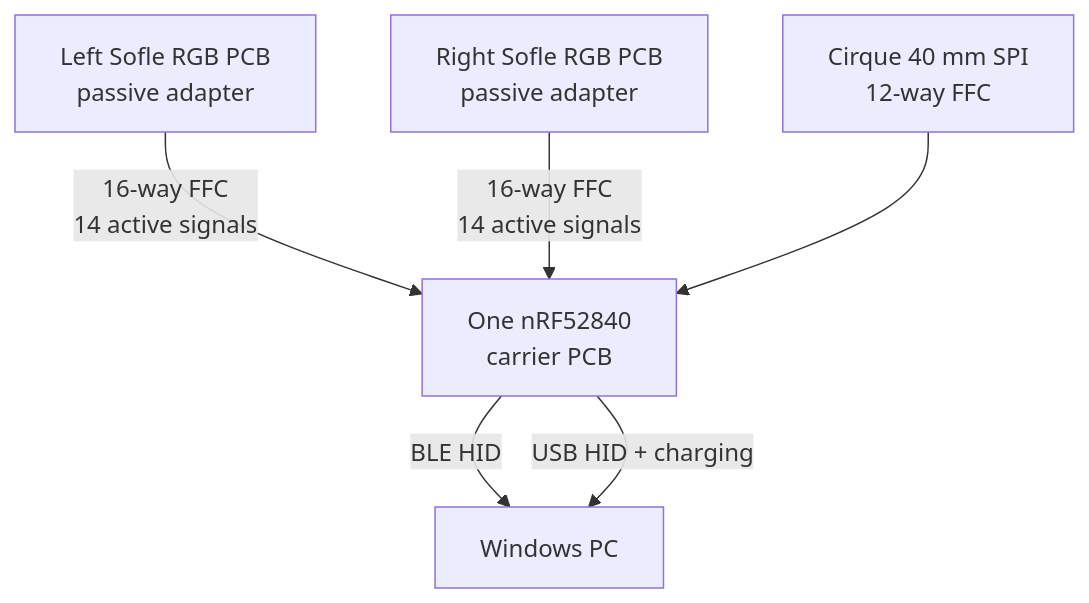
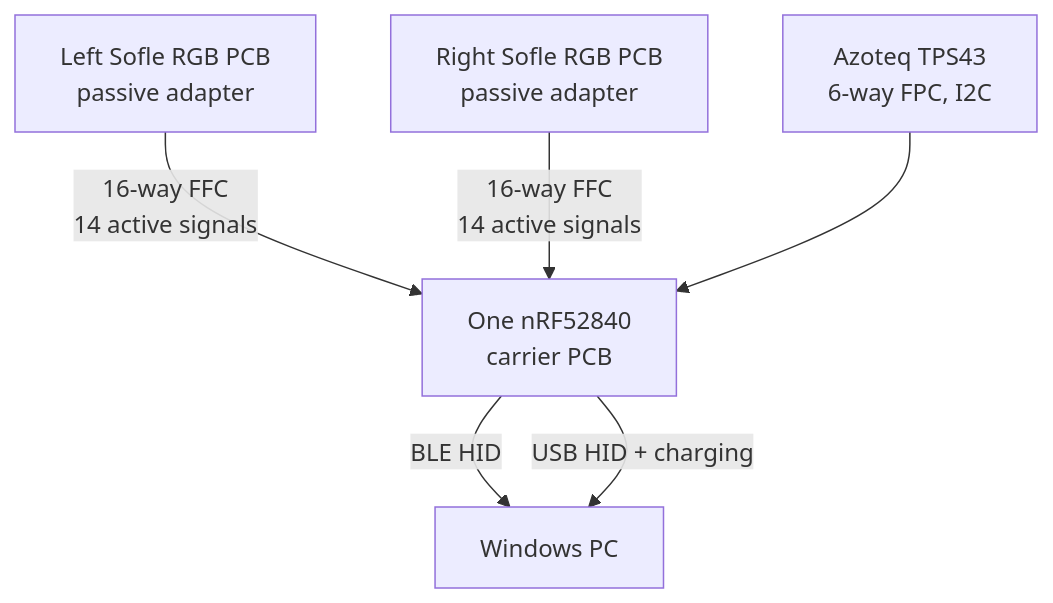
One commit to bhadkamkar9snehil/Sofpad changed the first of 2 diagrams in hardware/r3/ARCHITECTURE.md. Above: the diagram before and after it, drawn with Mermaid. The commit also changed other lines of this file and 68 other files, not shown here.

````diff
--- a/hardware/r3/ARCHITECTURE.md
+++ b/hardware/r3/ARCHITECTURE.md
@@ -37,8 +37,8 @@
 ```mermaid
 flowchart TB
   L["Left Sofle RGB PCB\npassive adapter"] -->|"16-way FFC\n14 active signals"| C["One nRF52840\ncarrier PCB"]
   R["Right Sofle RGB PCB\npassive adapter"] -->|"16-way FFC\n14 active signals"| C
-  T["Cirque 40 mm SPI\n12-way FFC"] --> C
+  T["Azoteq TPS43\n6-way FPC, I2C"] --> C
   C -->|"BLE HID"| PC["Windows PC"]
   C -->|"USB HID + charging"| PC
 ```
````
